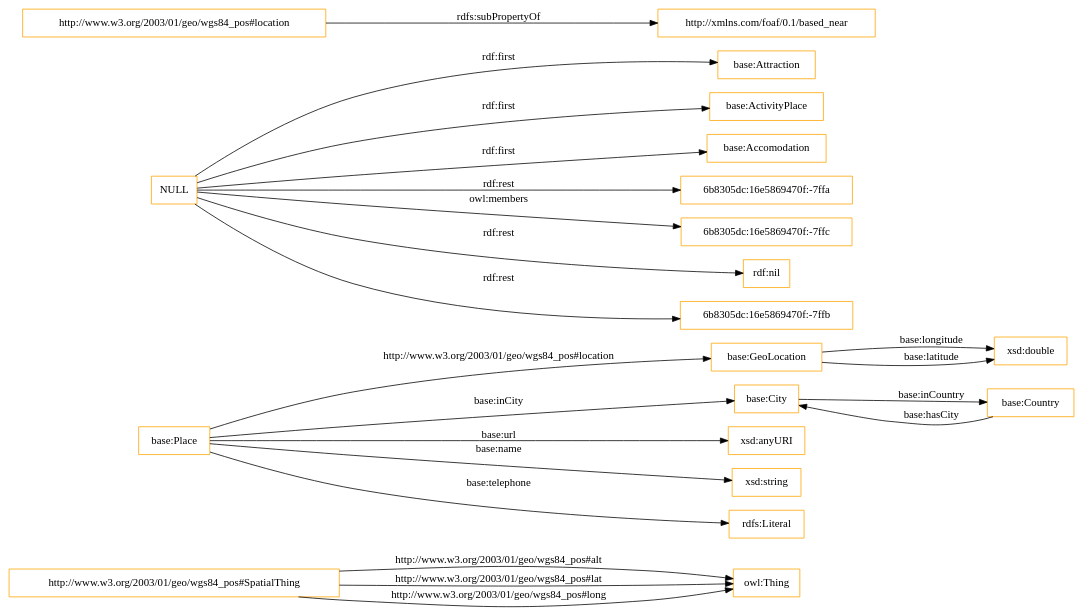
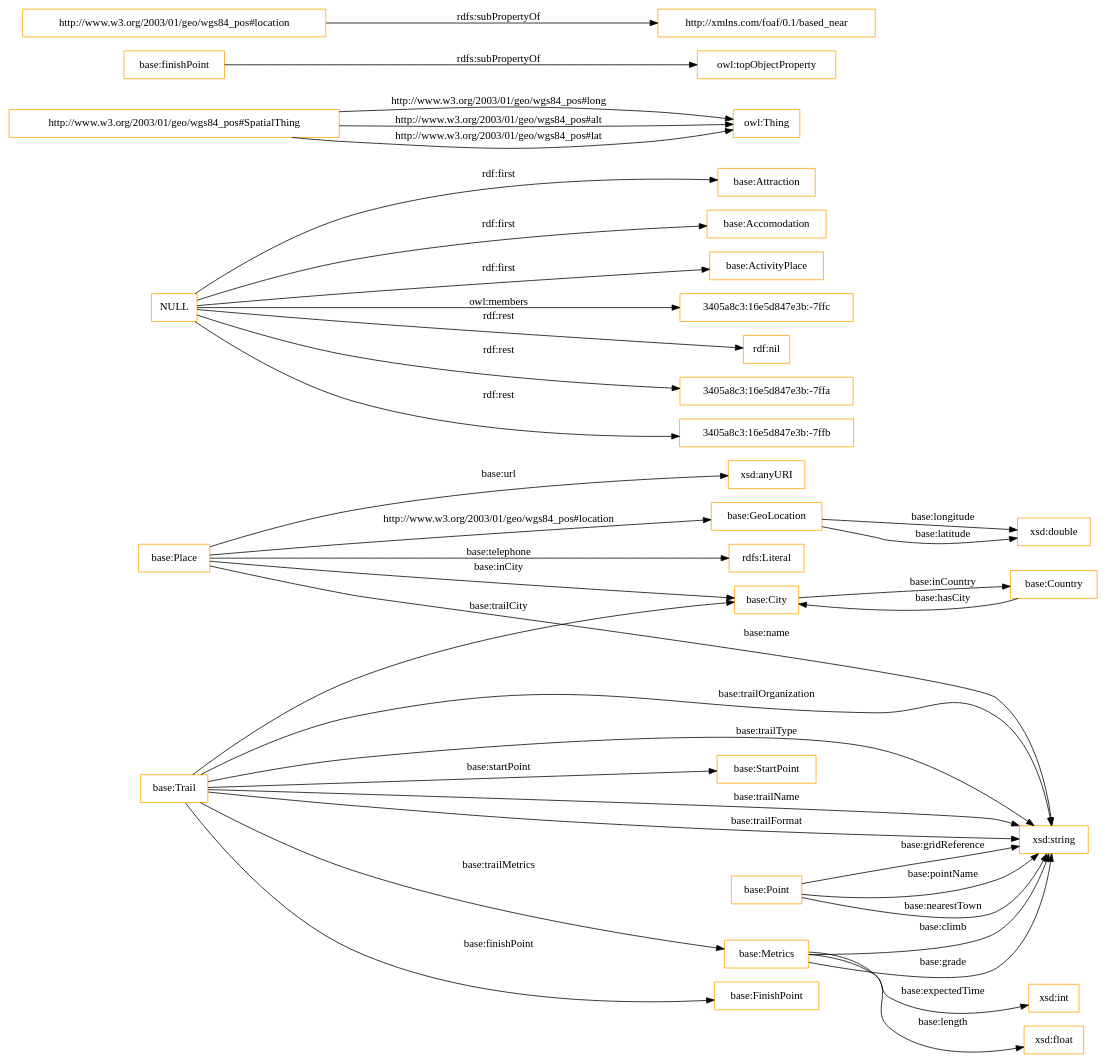
Before and after one commit to abhinav290/ontology: the diagram in OnToology/tourism.owl/diagrams/ar2dtool-class/tourism.owl.png.dot, drawn with Graphviz. The commit also changed 12 other files, not shown here.

```diff
--- a/OnToology/tourism.owl/diagrams/ar2dtool-class/tourism.owl.png.dot
+++ b/OnToology/tourism.owl/diagrams/ar2dtool-class/tourism.owl.png.dot
@@ -1,26 +1,42 @@
 digraph ar2dtool_diagram { 
 rankdir=LR;
 size="1501"
-node [shape = rectangle, color="orange"]; "http://www.w3.org/2003/01/geo/wgs84_pos#SpatialThing" "base:Place" "base:GeoLocation" "base:Country" "base:City" "base:Attraction" "base:ActivityPlace" "base:Accomodation" ; /*classes style*/
-	"http://www.w3.org/2003/01/geo/wgs84_pos#location" -> "http://xmlns.com/foaf/0.1/based_near" [ label = "rdfs:subPropertyOf" ];
-	"NULL" -> "6b8305dc:16e5869470f:-7ffa" [ label = "rdf:rest" ];
-	"NULL" -> "base:ActivityPlace" [ label = "rdf:first" ];
-	"NULL" -> "6b8305dc:16e5869470f:-7ffc" [ label = "owl:members" ];
+node [shape = rectangle, color="orange"]; "base:City" "base:FinishPoint" "base:Country" "base:Attraction" "base:Accomodation" "http://www.w3.org/2003/01/geo/wgs84_pos#SpatialThing" "base:Metrics" "base:Point" "base:StartPoint" "base:Place" "base:Trail" "base:ActivityPlace" "base:GeoLocation" ; /*classes style*/
+	"NULL" -> "3405a8c3:16e5d847e3b:-7ffc" [ label = "owl:members" ];
 	"NULL" -> "rdf:nil" [ label = "rdf:rest" ];
 	"NULL" -> "base:Attraction" [ label = "rdf:first" ];
-	"NULL" -> "6b8305dc:16e5869470f:-7ffb" [ label = "rdf:rest" ];
+	"NULL" -> "3405a8c3:16e5d847e3b:-7ffa" [ label = "rdf:rest" ];
+	"NULL" -> "base:ActivityPlace" [ label = "rdf:first" ];
+	"NULL" -> "3405a8c3:16e5d847e3b:-7ffb" [ label = "rdf:rest" ];
 	"NULL" -> "base:Accomodation" [ label = "rdf:first" ];
+	"base:finishPoint" -> "owl:topObjectProperty" [ label = "rdfs:subPropertyOf" ];
+	"http://www.w3.org/2003/01/geo/wgs84_pos#location" -> "http://xmlns.com/foaf/0.1/based_near" [ label = "rdfs:subPropertyOf" ];
+	"base:Metrics" -> "xsd:float" [ label = "base:length" ];
+	"base:Trail" -> "xsd:string" [ label = "base:trailName" ];
+	"base:Metrics" -> "xsd:string" [ label = "base:grade" ];
+	"base:Trail" -> "xsd:string" [ label = "base:trailOrganization" ];
+	"base:Place" -> "base:City" [ label = "base:inCity" ];
+	"http://www.w3.org/2003/01/geo/wgs84_pos#SpatialThing" -> "owl:Thing" [ label = "http://www.w3.org/2003/01/geo/wgs84_pos#long" ];
+	"base:Place" -> "rdfs:Literal" [ label = "base:telephone" ];
 	"base:Place" -> "xsd:anyURI" [ label = "base:url" ];
 	"http://www.w3.org/2003/01/geo/wgs84_pos#SpatialThing" -> "owl:Thing" [ label = "http://www.w3.org/2003/01/geo/wgs84_pos#alt" ];
+	"base:Metrics" -> "xsd:string" [ label = "base:climb" ];
 	"base:Country" -> "base:City" [ label = "base:hasCity" ];
+	"base:Trail" -> "base:StartPoint" [ label = "base:startPoint" ];
 	"base:Place" -> "base:GeoLocation" [ label = "http://www.w3.org/2003/01/geo/wgs84_pos#location" ];
 	"http://www.w3.org/2003/01/geo/wgs84_pos#SpatialThing" -> "owl:Thing" [ label = "http://www.w3.org/2003/01/geo/wgs84_pos#lat" ];
-	"base:Place" -> "base:City" [ label = "base:inCity" ];
-	"http://www.w3.org/2003/01/geo/wgs84_pos#SpatialThing" -> "owl:Thing" [ label = "http://www.w3.org/2003/01/geo/wgs84_pos#long" ];
+	"base:Point" -> "xsd:string" [ label = "base:pointName" ];
+	"base:Trail" -> "base:FinishPoint" [ label = "base:finishPoint" ];
+	"base:Point" -> "xsd:string" [ label = "base:nearestTown" ];
+	"base:Point" -> "xsd:string" [ label = "base:gridReference" ];
+	"base:Metrics" -> "xsd:int" [ label = "base:expectedTime" ];
+	"base:Trail" -> "base:City" [ label = "base:trailCity" ];
+	"base:City" -> "base:Country" [ label = "base:inCountry" ];
+	"base:GeoLocation" -> "xsd:double" [ label = "base:latitude" ];
+	"base:Place" -> "xsd:string" [ label = "base:name" ];
+	"base:Trail" -> "xsd:string" [ label = "base:trailType" ];
+	"base:Trail" -> "xsd:string" [ label = "base:trailFormat" ];
+	"base:Trail" -> "base:Metrics" [ label = "base:trailMetrics" ];
 	"base:GeoLocation" -> "xsd:double" [ label = "base:longitude" ];
-	"base:GeoLocation" -> "xsd:double" [ label = "base:latitude" ];
-	"base:City" -> "base:Country" [ label = "base:inCountry" ];
-	"base:Place" -> "xsd:string" [ label = "base:name" ];
-	"base:Place" -> "rdfs:Literal" [ label = "base:telephone" ];
 
 }
```
